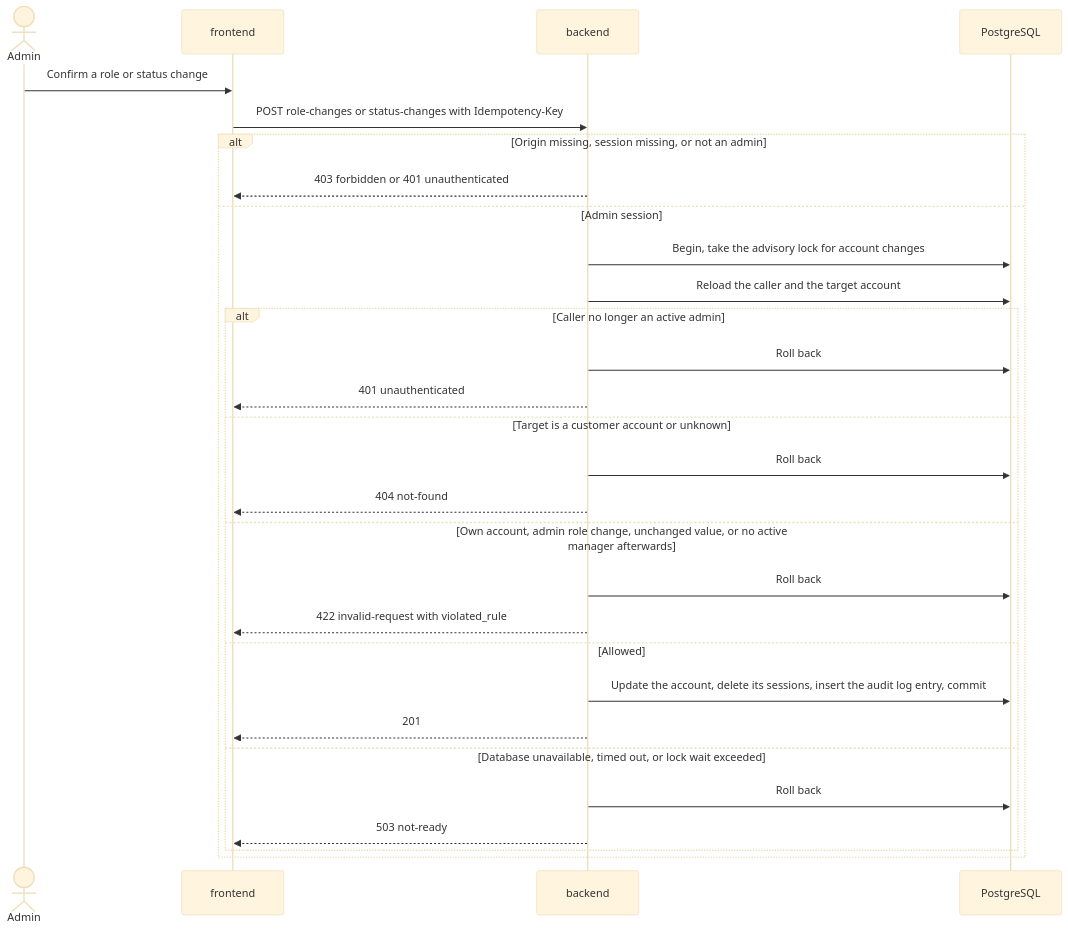
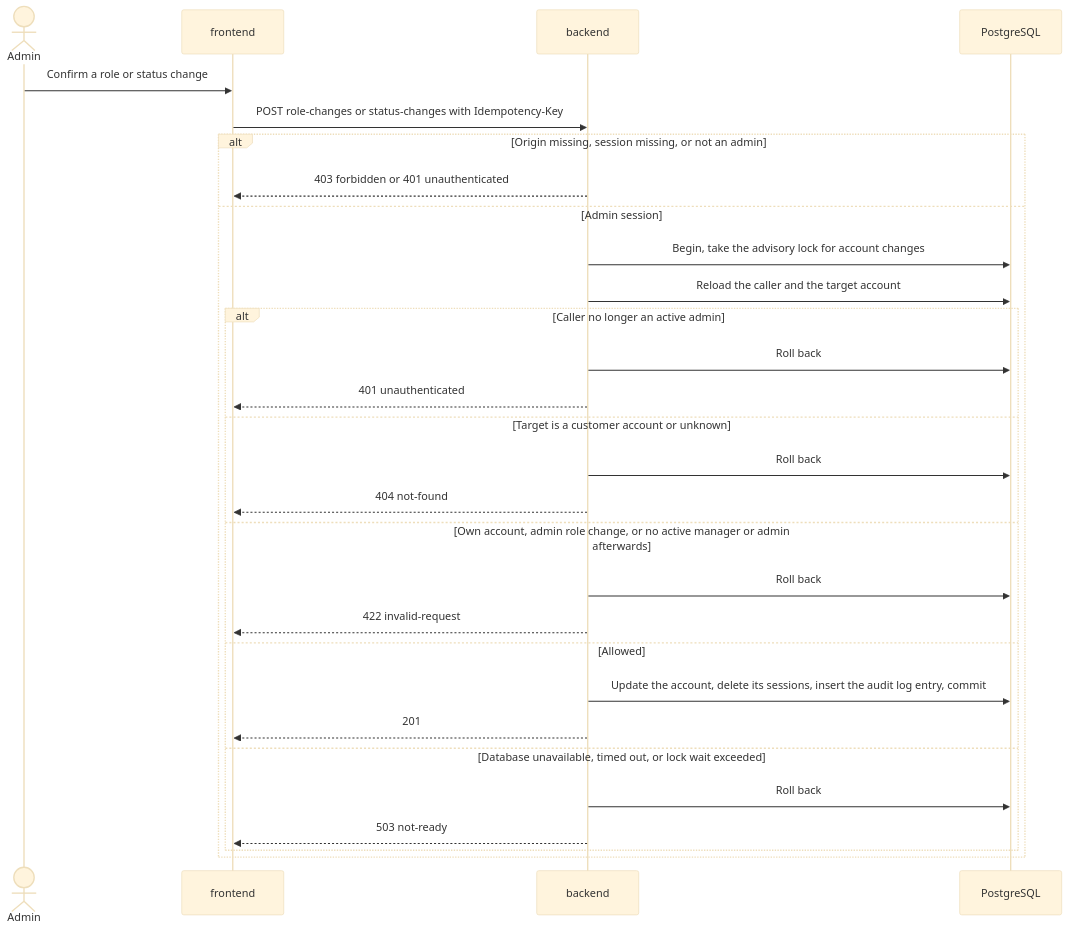
The third of 3 diagrams in docs/design/backend-foundation.md (ml-system-design-nhom-5/SupportIQ), drawn with Mermaid (base theme) before and after one commit. The commit also changed other lines of this file and 1898 other files, not shown here.

````diff
--- a/docs/design/backend-foundation.md
+++ b/docs/design/backend-foundation.md
@@ -186,31 +181,31 @@
 ```mermaid
 sequenceDiagram
     actor Admin
     participant FE as frontend
     participant BE as backend
     participant DB as PostgreSQL
     Admin->>FE: Confirm a role or status change
     FE->>BE: POST role-changes or status-changes with Idempotency-Key
     alt Origin missing, session missing, or not an admin
         BE-->>FE: 403 forbidden or 401 unauthenticated
     else Admin session
         BE->>DB: Begin, take the advisory lock for account changes
         BE->>DB: Reload the caller and the target account
         alt Caller no longer an active admin
             BE->>DB: Roll back
             BE-->>FE: 401 unauthenticated
         else Target is a customer account or unknown
             BE->>DB: Roll back
             BE-->>FE: 404 not-found
-        else Own account, admin role change, unchanged value, or no active manager afterwards
+        else Own account, admin role change, or no active manager or admin afterwards
             BE->>DB: Roll back
-            BE-->>FE: 422 invalid-request with violated_rule
+            BE-->>FE: 422 invalid-request
         else Allowed
             BE->>DB: Update the account, delete its sessions, insert the audit log entry, commit
             BE-->>FE: 201
         else Database unavailable, timed out, or lock wait exceeded
             BE->>DB: Roll back
             BE-->>FE: 503 not-ready
         end
     end
 ```
````
